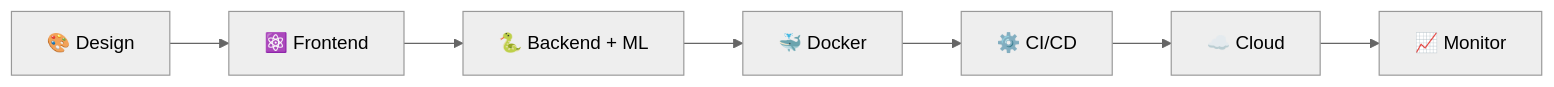
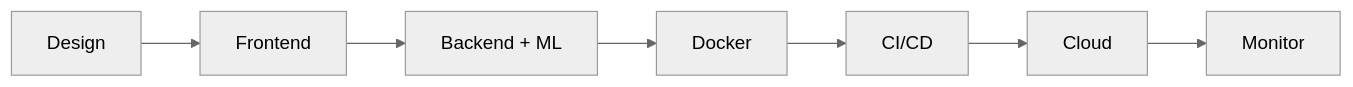
One commit to Aadhi9345/Aadhi9345 changed the diagram in README.md. Above: the diagram before and after it, drawn with Mermaid (neutral theme). The commit also changed other lines of this file, not shown here.

````diff
--- a/README.md
+++ b/README.md
@@ -60,4 +52,4 @@
 ```mermaid
 flowchart LR
-    A[🎨 Design] --> B[⚛️ Frontend] --> C[🐍 Backend + ML] --> D[🐳 Docker] --> E[⚙️ CI/CD] --> F[☁️ Cloud] --> G[📈 Monitor]
+    A[Design] --> B[Frontend] --> C[Backend + ML] --> D[Docker] --> E[CI/CD] --> F[Cloud] --> G[Monitor]
 ```
````
